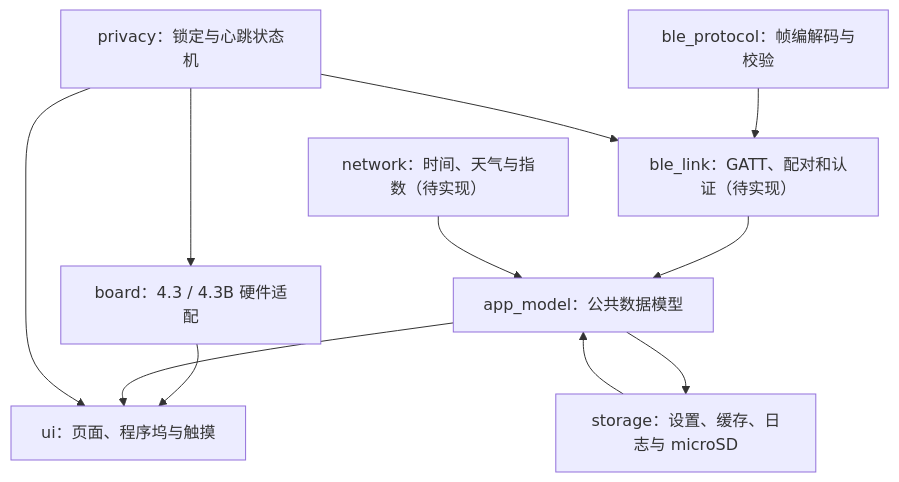
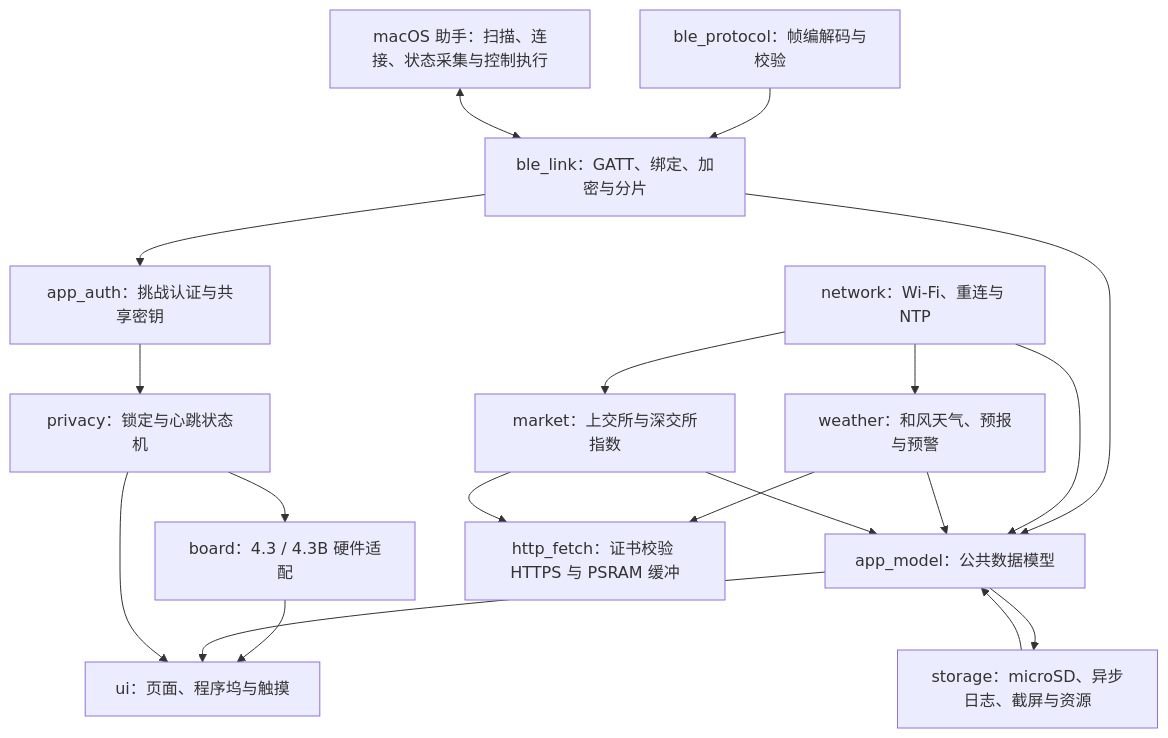
The diagram in docs/技术架构.md (Dynamite1847/ESP32_Monitor), drawn with Mermaid before and after one commit. The commit also changed other lines of this file and 71 other files, not shown here.

First line of the commit message:
feat: BLE 认证/联网/存储/macOS 助手实现 + 第二轮审查报告

````diff
--- a/docs/技术架构.md
+++ b/docs/技术架构.md
@@ -8,22 +8,35 @@
 ```mermaid
 flowchart TD
     Board["board：4.3 / 4.3B 硬件适配"]
     Model["app_model：公共数据模型"]
     Privacy["privacy：锁定与心跳状态机"]
     Protocol["ble_protocol：帧编解码与校验"]
     UI["ui：页面、程序坞与触摸"]
-    Storage["storage：设置、缓存、日志与 microSD"]
-    BLE["ble_link：GATT、配对和认证（待实现）"]
-    Network["network：时间、天气与指数（待实现）"]
+    Storage["storage：microSD、异步日志、截屏与资源"]
+    BLE["ble_link：GATT、绑定、加密与分片"]
+    MacHelper["macOS 助手：扫描、连接、状态采集与控制执行"]
+    Auth["app_auth：挑战认证与共享密钥"]
+    Network["network：Wi-Fi、重连与 NTP"]
+    HTTP["http_fetch：证书校验 HTTPS 与 PSRAM 缓冲"]
+    Weather["weather：和风天气、预报与预警"]
+    Market["market：上交所与深交所指数"]
 
     Board --> UI
     Protocol --> BLE
-    Privacy --> BLE
+    MacHelper <--> BLE
+    BLE --> Auth
+    Auth --> Privacy
     BLE --> Model
     Network --> Model
+    Network --> Weather
+    Network --> Market
+    Weather --> HTTP
+    Market --> HTTP
+    Weather --> Model
+    Market --> Model
     Model --> UI
     Model --> Storage
     Storage --> Model
     Privacy --> UI
     Privacy --> Board
 ```
````
